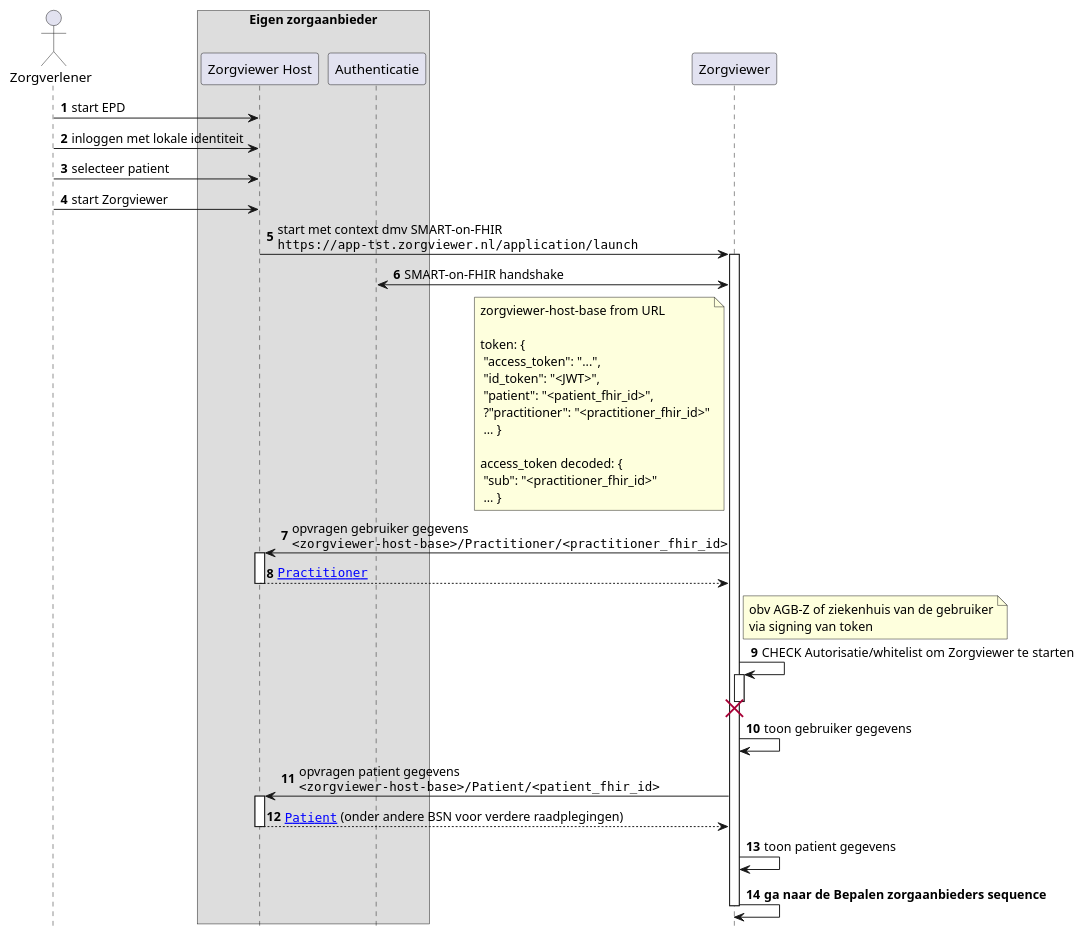
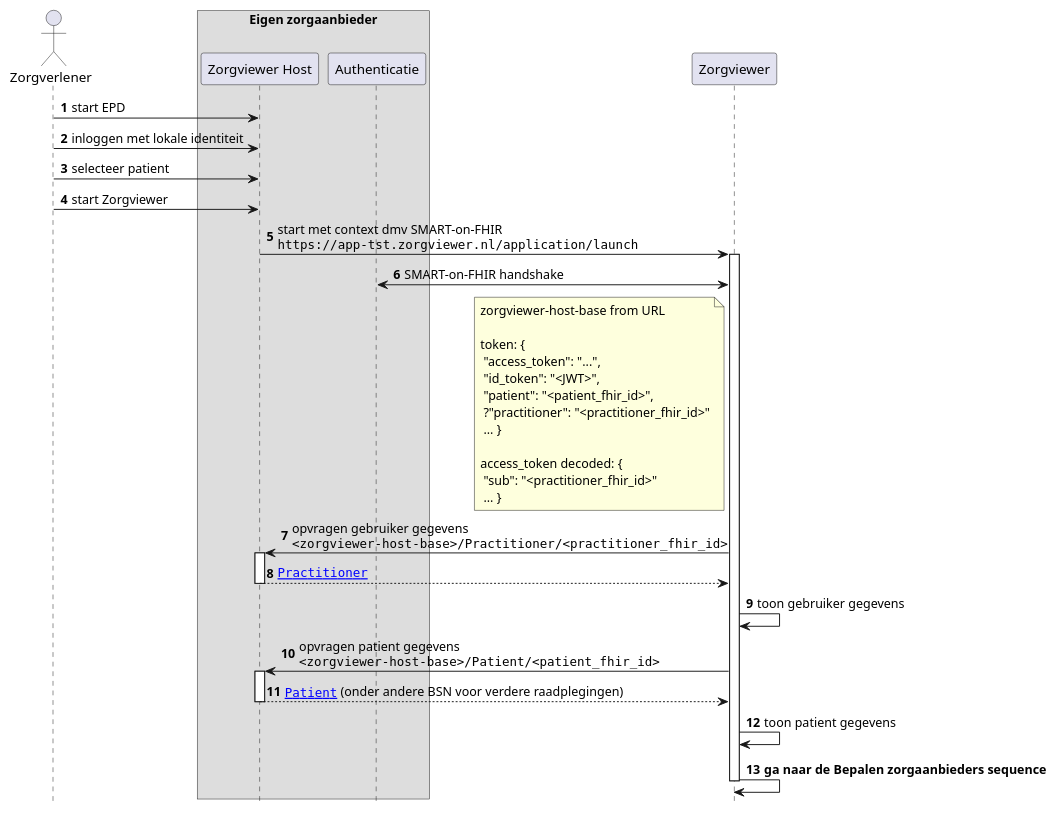
The diagram in input/images-source/Zorgviewer-seq-1-fhir.plantuml (RIVO-Noord/zorgviewer-ig), drawn with PlantUML before and after one commit. The commit also changed 2 other files, not shown here.

```diff
--- a/input/images-source/Zorgviewer-seq-1-fhir.plantuml
+++ b/input/images-source/Zorgviewer-seq-1-fhir.plantuml
@@ -1,57 +1,49 @@
 @startuml
 hide footbox
 autonumber
 
 actor Zorgverlener
 box "Eigen zorgaanbieder"
 participant "Zorgviewer Host" as Host
 participant Authenticatie
 end box
 participant Zorgviewer
 
 Zorgverlener->Host: start EPD
 Zorgverlener->Host: inloggen met lokale identiteit
 Zorgverlener->Host: selecteer patient
 Zorgverlener->Host: start Zorgviewer
 Host->Zorgviewer: start met context dmv SMART-on-FHIR \n""https://app-tst.zorgviewer.nl/application/launch""
 activate Zorgviewer
 Zorgviewer<->Authenticatie: SMART-on-FHIR handshake
 note left Zorgviewer
  zorgviewer-host-base from URL
  
  token: {
   "access_token": "...",
   "id_token": "<JWT>",
   "patient": "<patient_fhir_id>",
   ?"practitioner": "<practitioner_fhir_id>"
   ... }
 
  access_token decoded: {
   "sub": "<practitioner_fhir_id>"
   ... }
 end note
 Zorgviewer->Host: opvragen gebruiker gegevens\n""<zorgviewer-host-base>/Practitioner/<practitioner_fhir_id>""
 activate Host
 Host-->Zorgviewer: ""[[StructureDefinition-Practitioner.html Practitioner]]""
 deactivate Host
-
-note right Zorgviewer
-    obv AGB-Z of ziekenhuis van de gebruiker
-    via signing van token
-end note
-Zorgviewer->Zorgviewer++: CHECK Autorisatie/whitelist om Zorgviewer te starten
-destroy Zorgviewer
-
 Zorgviewer->Zorgviewer: toon gebruiker gegevens
 
 Zorgviewer->Host: opvragen patient gegevens\n""<zorgviewer-host-base>/Patient/<patient_fhir_id>""
 activate Host
 Host-->Zorgviewer: ""[[StructureDefinition-Patient.html Patient]]"" (onder andere BSN voor verdere raadplegingen)
 deactivate Host
 Zorgviewer->Zorgviewer: toon patient gegevens
 
 Zorgviewer->Zorgviewer: **ga naar de Bepalen zorgaanbieders sequence**
 
 deactivate Zorgviewer
 
 @enduml
```
